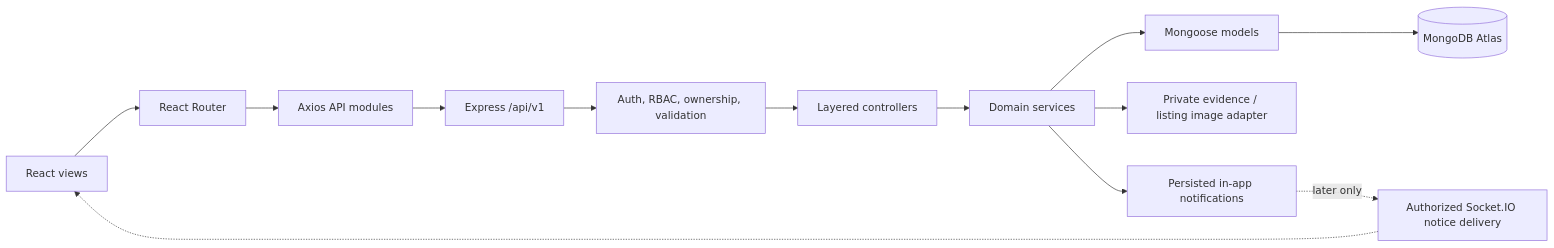
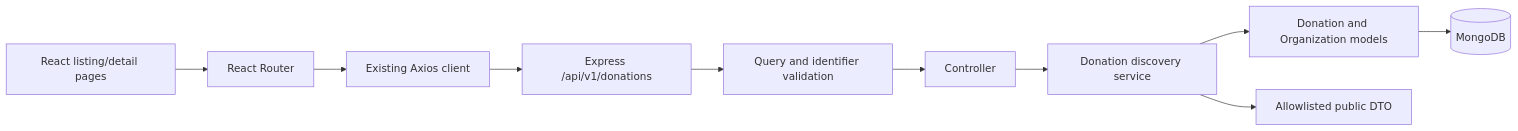
One commit to kiranteja4/FoodSurplus changed the second of 2 diagrams in docs/architecture/SYSTEM_ARCHITECTURE.md. Above: the diagram before and after it, drawn with Mermaid. The commit also changed other lines of this file and 21 other files, not shown here.

````diff
--- a/docs/architecture/SYSTEM_ARCHITECTURE.md
+++ b/docs/architecture/SYSTEM_ARCHITECTURE.md
@@ -29,15 +29,12 @@
 ```mermaid
 flowchart LR
-  UI[React views] --> Router[React Router]
-  Router --> APIClient[Axios API modules]
-  APIClient --> API[Express /api/v1]
-  API --> Guard[Auth, RBAC, ownership, validation]
-  Guard --> Controllers[Layered controllers]
-  Controllers --> Services[Domain services]
-  Services --> Models[Mongoose models]
-  Models --> DB[(MongoDB Atlas)]
-  Services --> Cloudinary[Private evidence / listing image adapter]
-  Services --> Notice[Persisted in-app notifications]
-  Notice -. later only .-> Socket[Authorized Socket.IO notice delivery]
-  Socket -.-> UI
+  UI[React listing/detail pages] --> Router[React Router]
+  Router --> Client[Existing Axios client]
+  Client --> API[Express /api/v1/donations]
+  API --> Validate[Query and identifier validation]
+  Validate --> Controller[Controller]
+  Controller --> Service[Donation discovery service]
+  Service --> Models[Donation and Organization models]
+  Models --> DB[(MongoDB)]
+  Service --> DTO[Allowlisted public DTO]
 ```
````
